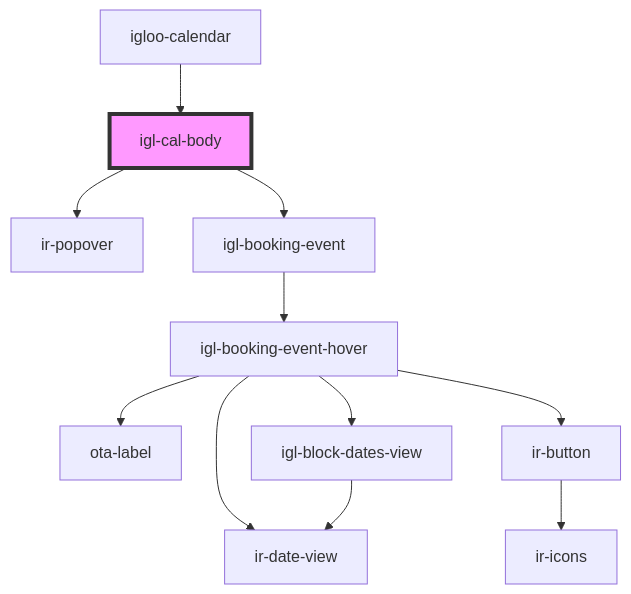
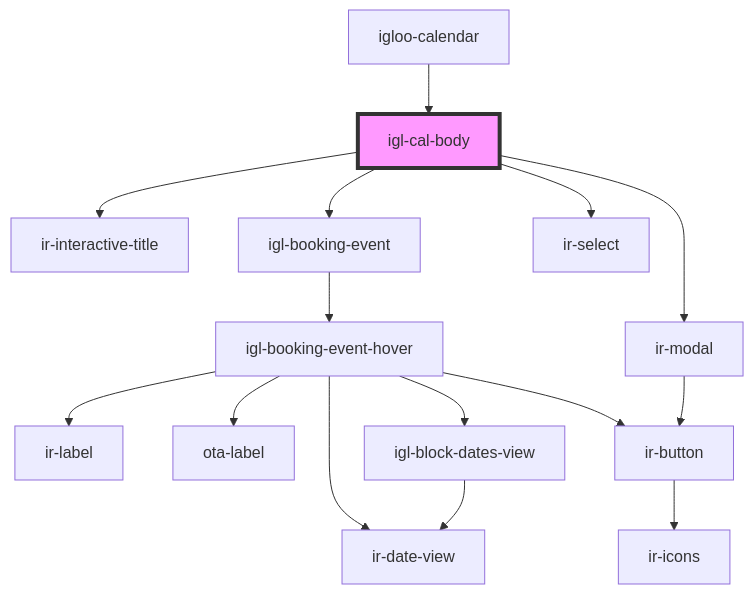
The diagram in src/components/igloo-calendar/igl-cal-body/readme.md (David1Chowaifaty/modified-ir-webcmp), drawn with Mermaid before and after one commit. The commit also changed other lines of this file and 34 other files, not shown here.

````diff
--- a/src/components/igloo-calendar/igl-cal-body/readme.md
+++ b/src/components/igloo-calendar/igl-cal-body/readme.md
@@ -42,14 +45,18 @@
 ```mermaid
 graph TD;
-  igl-cal-body --> ir-popover
+  igl-cal-body --> ir-interactive-title
   igl-cal-body --> igl-booking-event
+  igl-cal-body --> ir-modal
+  igl-cal-body --> ir-select
   igl-booking-event --> igl-booking-event-hover
+  igl-booking-event-hover --> ir-date-view
+  igl-booking-event-hover --> ir-label
   igl-booking-event-hover --> ota-label
-  igl-booking-event-hover --> ir-date-view
   igl-booking-event-hover --> ir-button
   igl-booking-event-hover --> igl-block-dates-view
   ir-button --> ir-icons
   igl-block-dates-view --> ir-date-view
+  ir-modal --> ir-button
   igloo-calendar --> igl-cal-body
   style igl-cal-body fill:#f9f,stroke:#333,stroke-width:4px
 ```
````
